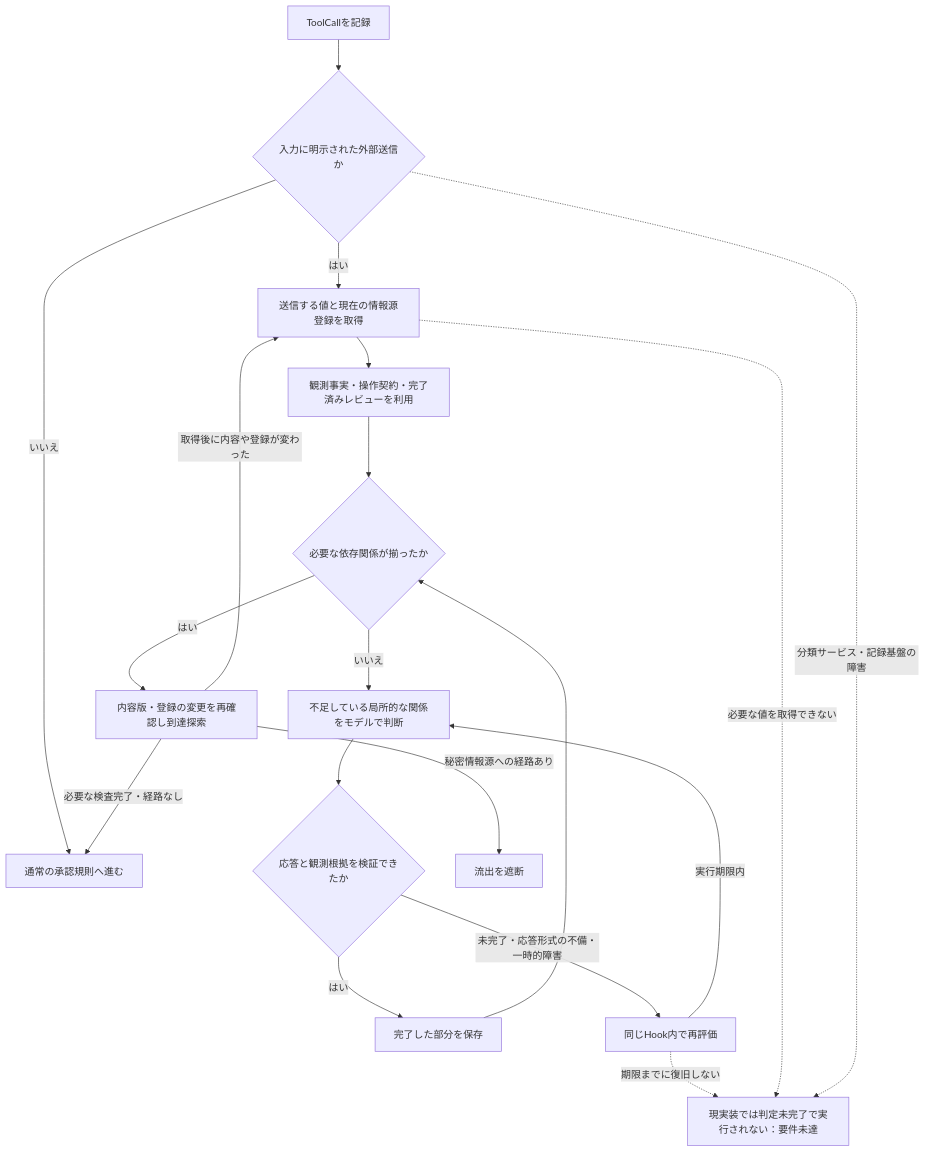
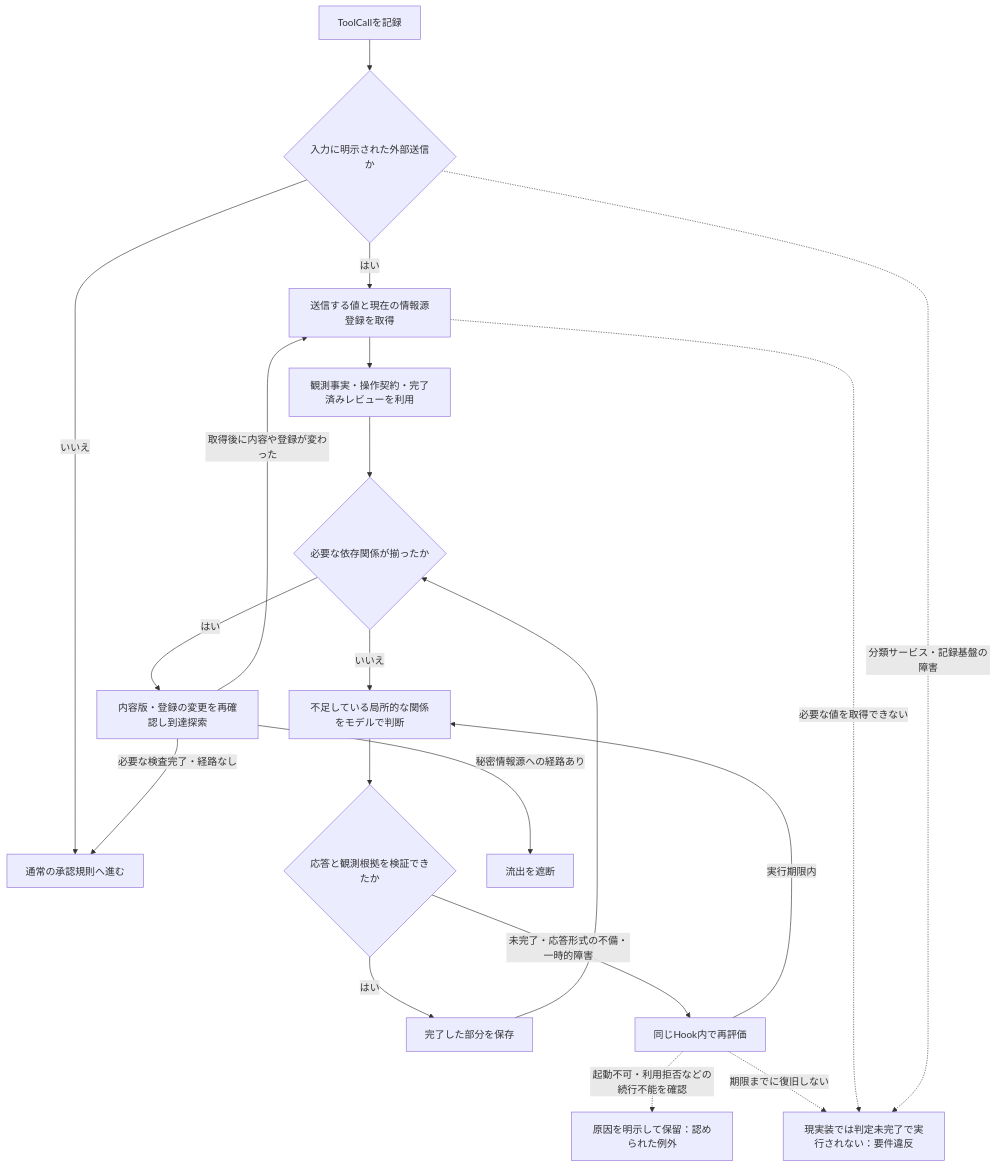
The diagram in docs/設計/判定完了と復旧.md (mani1261790/ToolUseProxy), drawn with Mermaid before and after one commit. The commit also changed other lines of this file, not shown here.

````diff
--- a/docs/設計/判定完了と復旧.md
+++ b/docs/設計/判定完了と復旧.md
@@ -14,21 +30,22 @@
 ```mermaid
 flowchart TD
   A[ToolCallを記録] --> B{入力に明示された外部送信か}
   B -->|いいえ| P[通常の承認規則へ進む]
   B -->|はい| C[送信する値と現在の情報源登録を取得]
   C --> D[観測事実・操作契約・完了済みレビューを利用]
   D --> E{必要な依存関係が揃ったか}
   E -->|はい| G[内容版・登録の変更を再確認し到達探索]
   E -->|いいえ| M[不足している局所的な関係をモデルで判断]
   M --> V{応答と観測根拠を検証できたか}
   V -->|はい| S[完了した部分を保存]
   S --> E
   V -->|未完了・応答形式の不備・一時的障害| R[同じHook内で再評価]
   R -->|実行期限内| M
   G -->|秘密情報源への経路あり| X[流出を遮断]
   G -->|必要な検査完了・経路なし| P
   G -->|取得後に内容や登録が変わった| C
-  R -.->|期限までに復旧しない| F[現実装では判定未完了で実行されない：要件未達]
+  R -.->|起動不可・利用拒否などの続行不能を確認| H[原因を明示して保留：認められた例外]
+  R -.->|期限までに復旧しない| F[現実装では判定未完了で実行されない：要件違反]
   C -.->|必要な値を取得できない| F
   B -.->|分類サービス・記録基盤の障害| F
 ```
````
